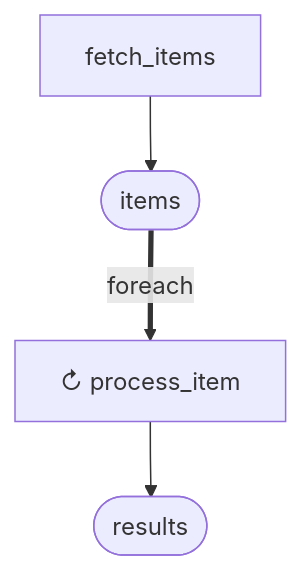
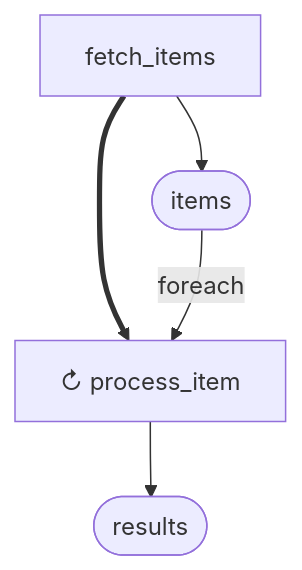
One commit to hiroshiasayadev-prog/brewprint changed the fourth of 4 diagrams in docs/spec/views/dag.md. Above: the diagram before and after it, drawn with Mermaid. The commit also changed other lines of this file and 2 other files, not shown here.

Commit message:
git add docs/spec/views/dag.md docs/adr/022-dag-node-shapes-and-edge-types.md docs/adr/024-dag-boundary-nodes.md git commit -m "docs: fix foreach edge type, add boundary node spec (ADR-024)"

````diff
--- a/docs/spec/views/dag.md
+++ b/docs/spec/views/dag.md
@@ -336,6 +348,7 @@
 ```mermaid
 flowchart TD
   fetch_items[fetch_items] --> items([items])
-  items == "foreach" ==> process_item["↻ process_item"]
+  fetch_items ==> process_item["↻ process_item"]
+  items --"foreach"--> process_item
   process_item --> results([results])
 ```
````
